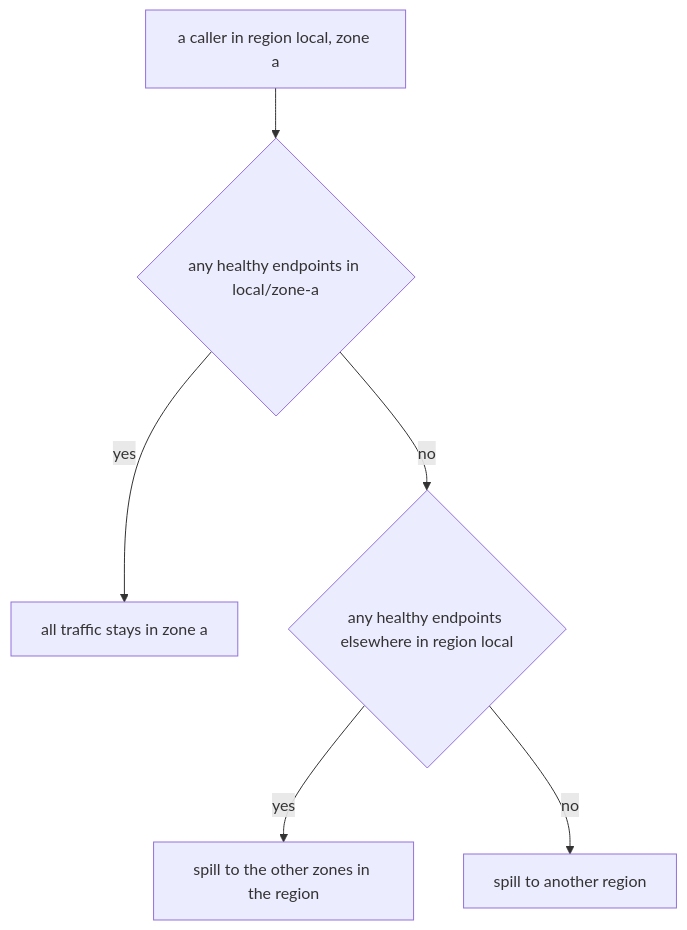
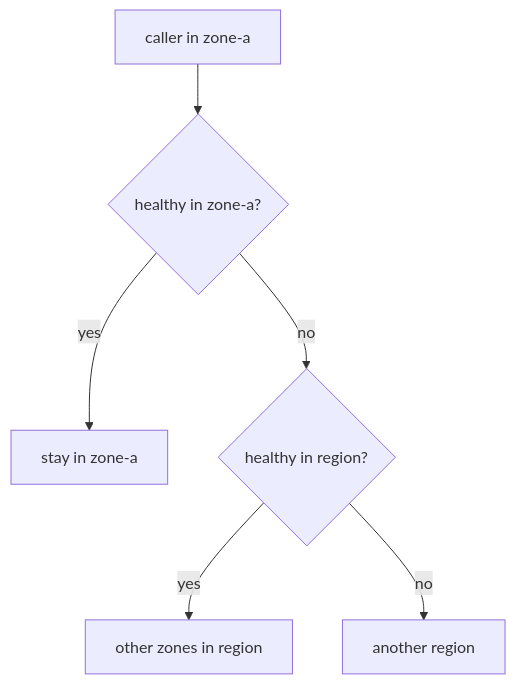
The diagram in sections/section-040/module-04/course-02-preference-distribute-and-failover.md (astrona-io/ATS014), drawn with Mermaid before and after one commit. The commit also changed other lines of this file and 444 other files, not shown here.

````diff
--- a/sections/section-040/module-04/course-02-preference-distribute-and-failover.md
+++ b/sections/section-040/module-04/course-02-preference-distribute-and-failover.md
@@ -13,8 +11,8 @@
 ```mermaid
-flowchart TD
-    C["a caller in region local, zone a"] --> Z{"any healthy endpoints in local/zone-a"}
-    Z -->|"yes"| U1["all traffic stays in zone a"]
-    Z -->|"no"| R{"any healthy endpoints elsewhere in region local"}
-    R -->|"yes"| U2["spill to the other zones in the region"]
-    R -->|"no"| U3["spill to another region"]
+flowchart TB
+    C["caller in zone-a"] --> Z{"healthy in zone-a?"}
+    Z -->|"yes"| U1["stay in zone-a"]
+    Z -->|"no"| R{"healthy in region?"}
+    R -->|"yes"| U2["other zones in region"]
+    R -->|"no"| U3["another region"]
 ```
````
